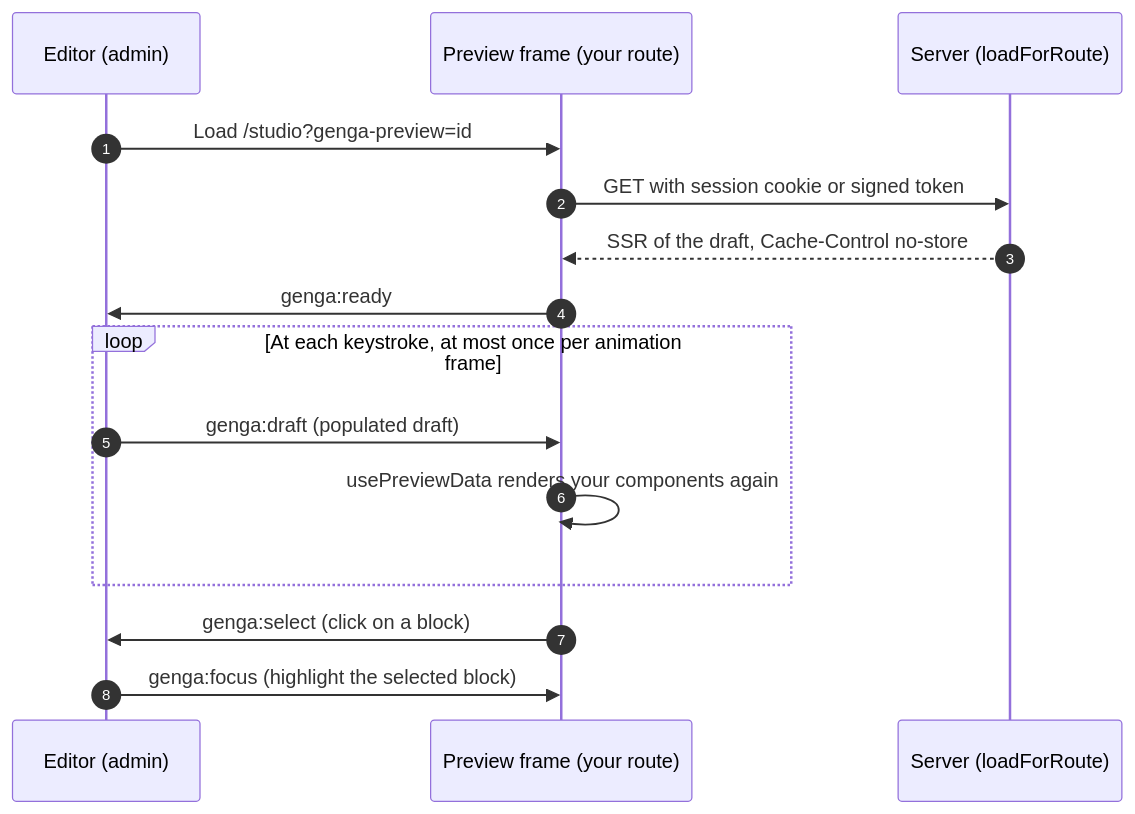
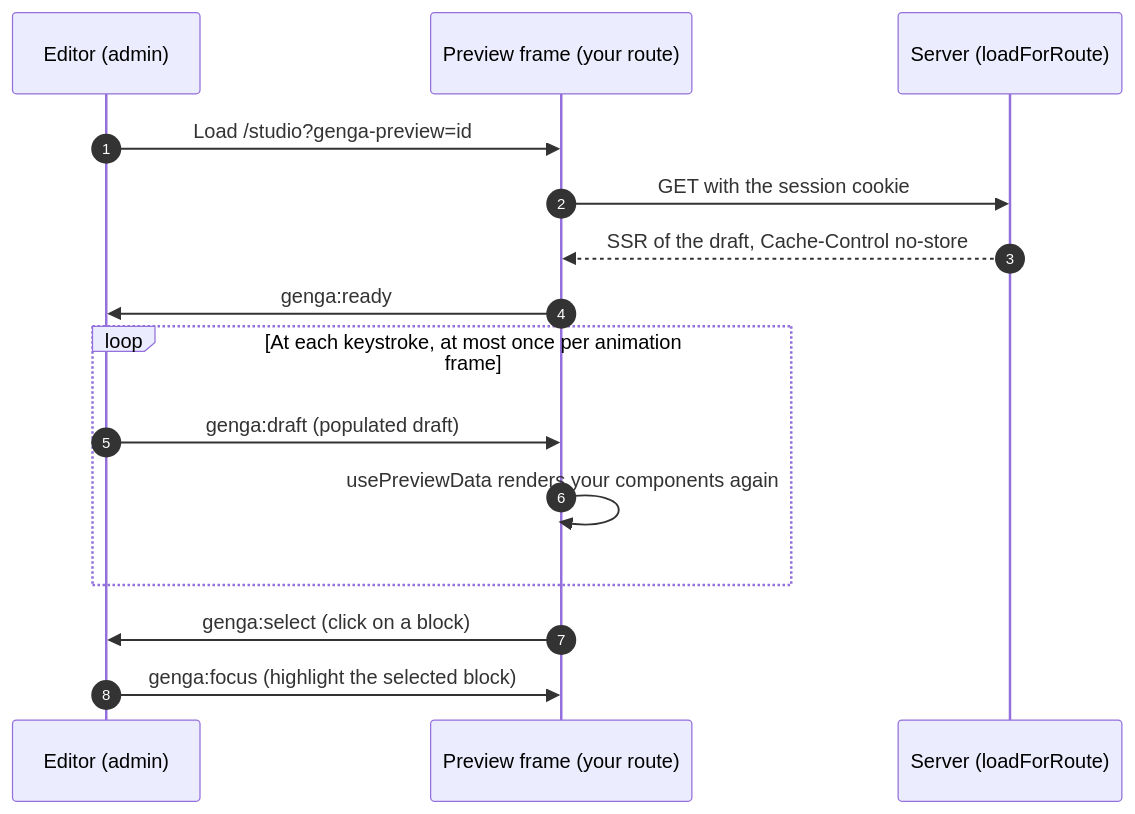
One commit to sakuga-software/genga changed the first of 2 diagrams in README.md. Above: the diagram before and after it, drawn with Mermaid. The commit also changed other lines of this file, not shown here.

````diff
--- a/README.md
+++ b/README.md
@@ -297,17 +298,17 @@
 ```mermaid
 sequenceDiagram
     autonumber
     participant E as Editor (admin)
     participant F as Preview frame (your route)
     participant S as Server (loadForRoute)
     E->>F: Load /studio?genga-preview=id
-    F->>S: GET with session cookie or signed token
+    F->>S: GET with the session cookie
     S-->>F: SSR of the draft, Cache-Control no-store
     F->>E: genga:ready
     loop At each keystroke, at most once per animation frame
         E->>F: genga:draft (populated draft)
         F->>F: usePreviewData renders your components again
     end
     F->>E: genga:select (click on a block)
     E->>F: genga:focus (highlight the selected block)
 ```
````
